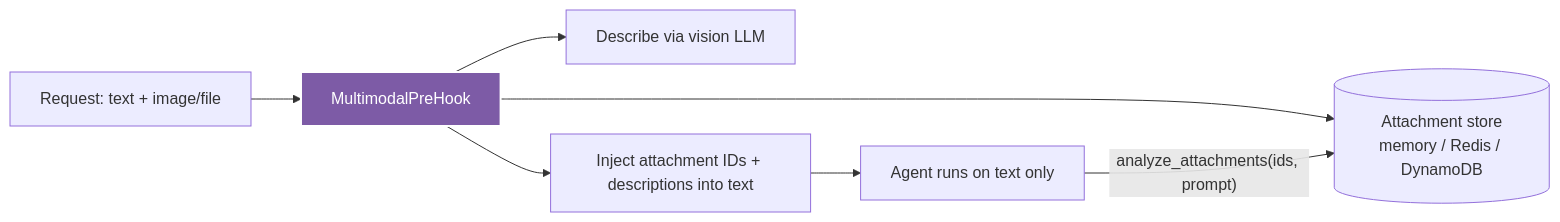
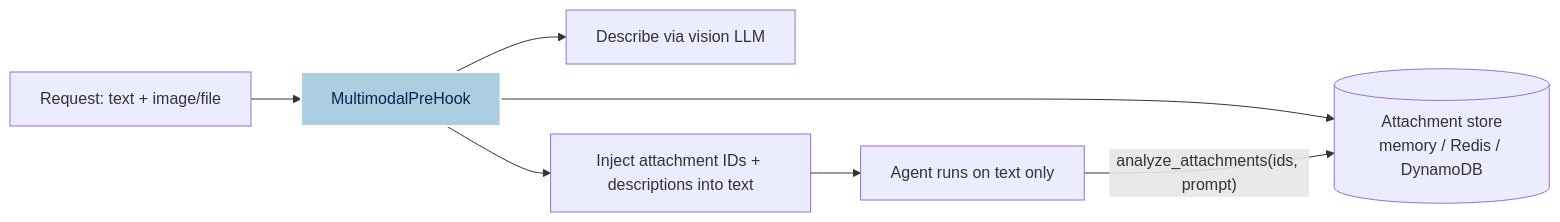
Before and after one commit to yaalalabs/agent-kernel: the eighth of 8 diagrams in docs/docs/architecture/execution-flow.md, drawn with Mermaid. The commit also changed other lines of this file and 444 other files, not shown here.

````diff
--- a/docs/docs/architecture/execution-flow.md
+++ b/docs/docs/architecture/execution-flow.md
@@ -440,11 +440,11 @@
 ```mermaid
 graph LR
     A[Request: text + image/file] --> B[MultimodalPreHook]
     B --> C[Describe via vision LLM]
     B --> D[(Attachment store<br/>memory / Redis / DynamoDB)]
     B --> E[Inject attachment IDs + descriptions into text]
     E --> F[Agent runs on text only]
     F -->|"analyze_attachments(ids, prompt)"| D
 
-    style B fill:#7d5ba6,stroke:#fff,stroke-width:2px,color:#fff
+    style B fill:#ABCEE1,stroke:#fff,stroke-width:2px,color:#02284F
 ```
````
